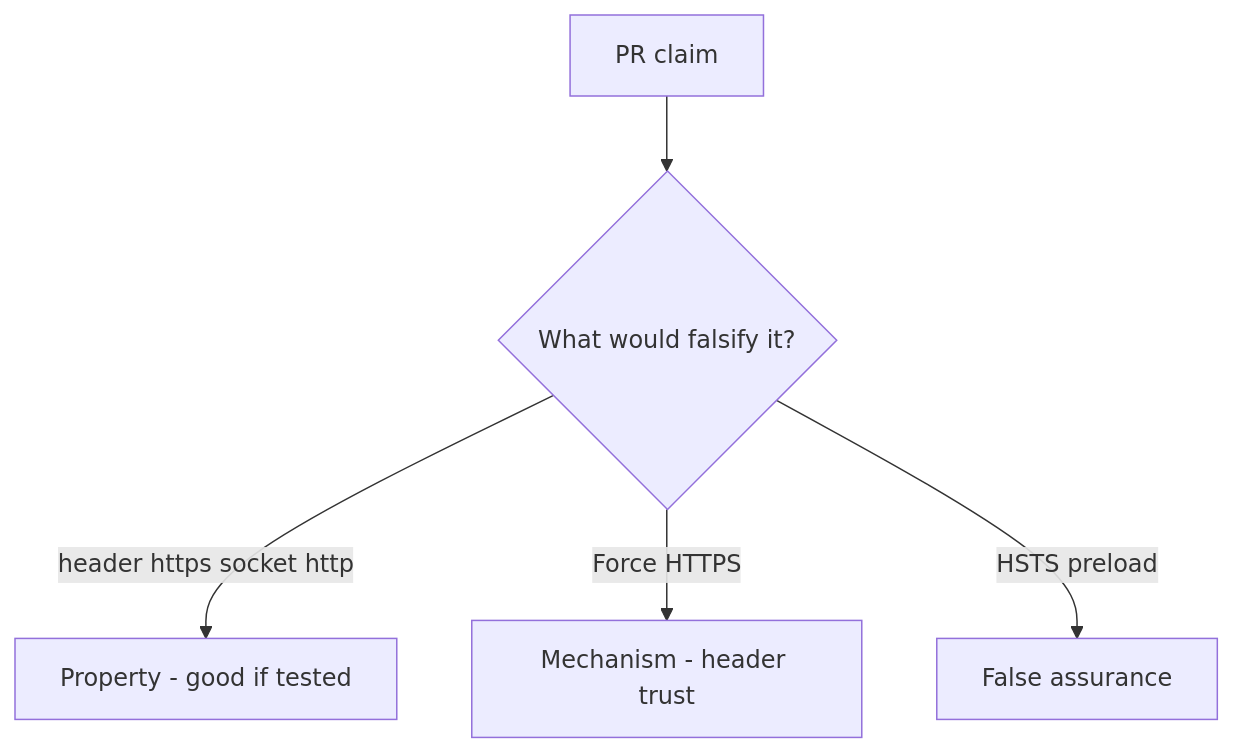
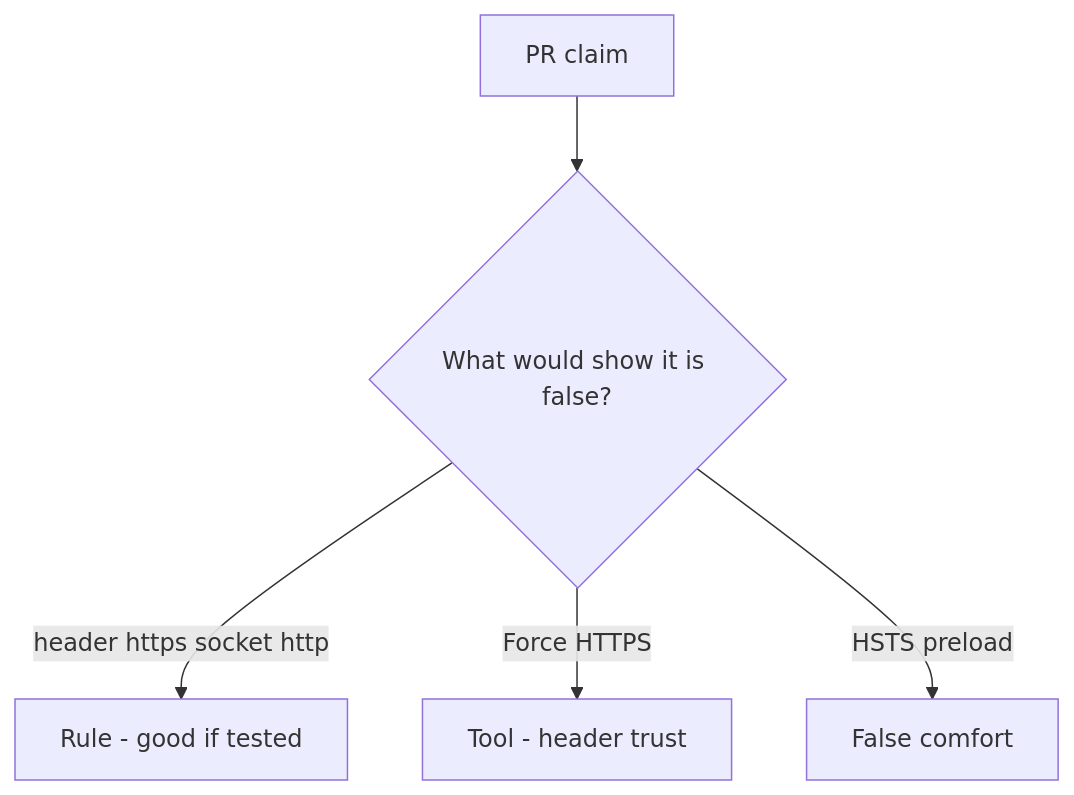
The diagram in content/modules/5/5.4/lessons/08-review.md (ishitvagoel/LearnSecurity), drawn with Mermaid before and after one commit. The commit also changed other lines of this file and 39 other files, not shown here.

````diff
--- a/content/modules/5/5.4/lessons/08-review.md
+++ b/content/modules/5/5.4/lessons/08-review.md
@@ -17,7 +18,7 @@
 ```mermaid
 flowchart TD
-  Claim[PR claim] --> Q{"What would falsify it?"}
-  Q -->|"header https socket http"| Property["Property - good if tested"]
-  Q -->|"Force HTTPS"| Mechanism[Mechanism - header trust]
-  Q -->|"HSTS preload"| False[False assurance]
+  Claim[PR claim] --> Q{"What would show it is false?"}
+  Q -->|"header https socket http"| Property["Rule - good if tested"]
+  Q -->|"Force HTTPS"| Mechanism[Tool - header trust]
+  Q -->|"HSTS preload"| False[False comfort]
 ```
````
